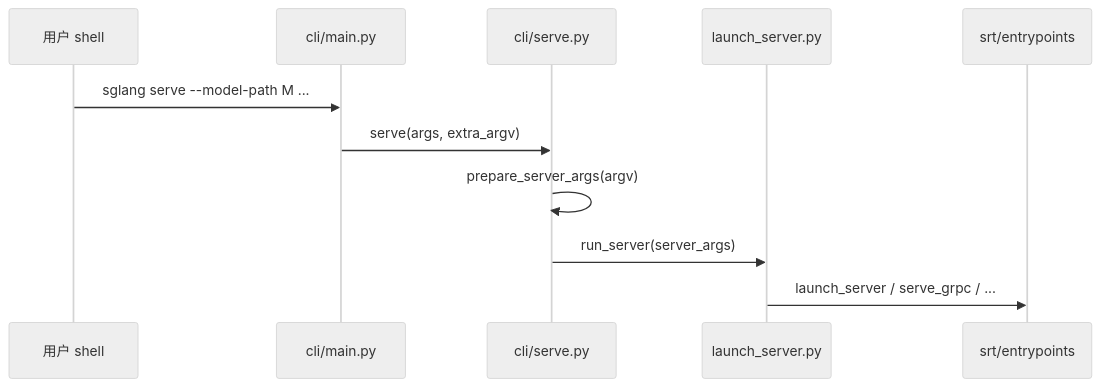
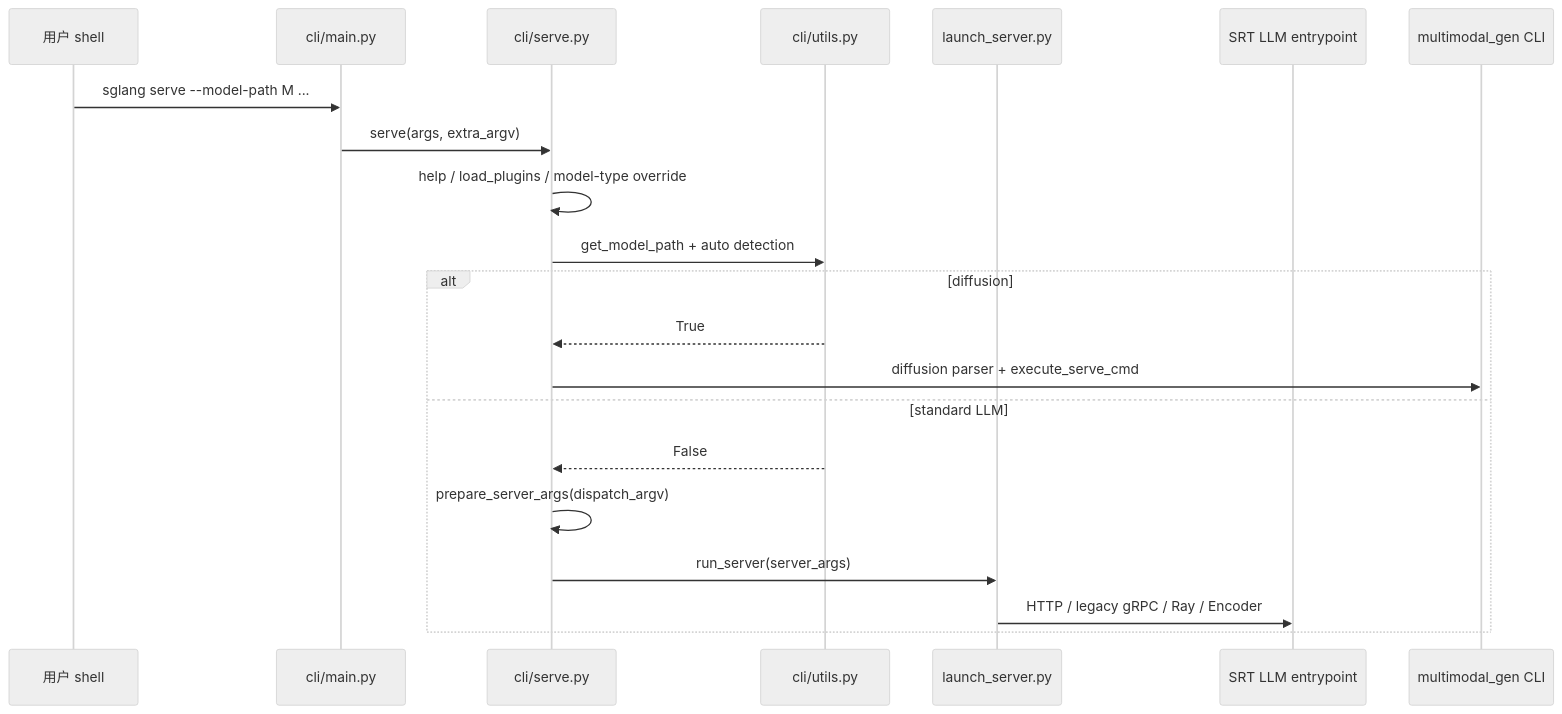
The diagram in sglang_reading/阅读方法/SGLang-阅读方法-数据流.md (OnlyHero5/sglang-reading-vault), drawn with Mermaid (neutral theme) before and after one commit. The commit also changed other lines of this file and 512 other files, not shown here.

````diff
--- a/sglang_reading/阅读方法/SGLang-阅读方法-数据流.md
+++ b/sglang_reading/阅读方法/SGLang-阅读方法-数据流.md
@@ -28,14 +24,24 @@
 ```mermaid
 sequenceDiagram
  participant User as 用户 shell
  participant CLI as cli/main.py
  participant Serve as cli/serve.py
+ participant Detect as cli/utils.py
  participant LS as launch_server.py
- participant SRT as srt/entrypoints
+ participant LLM as SRT LLM entrypoint
+ participant Diff as multimodal_gen CLI
 
  User->>CLI: sglang serve --model-path M ...
  CLI->>Serve: serve(args, extra_argv)
- Serve->>Serve: prepare_server_args(argv)
- Serve->>LS: run_server(server_args)
- LS->>SRT: launch_server / serve_grpc / ...
+ Serve->>Serve: help / load_plugins / model-type override
+ Serve->>Detect: get_model_path + auto detection
+ alt diffusion
+   Detect-->>Serve: True
+   Serve->>Diff: diffusion parser + execute_serve_cmd
+ else standard LLM
+   Detect-->>Serve: False
+   Serve->>Serve: prepare_server_args(dispatch_argv)
+   Serve->>LS: run_server(server_args)
+   LS->>LLM: HTTP / legacy gRPC / Ray / Encoder
+ end
 ```
````
